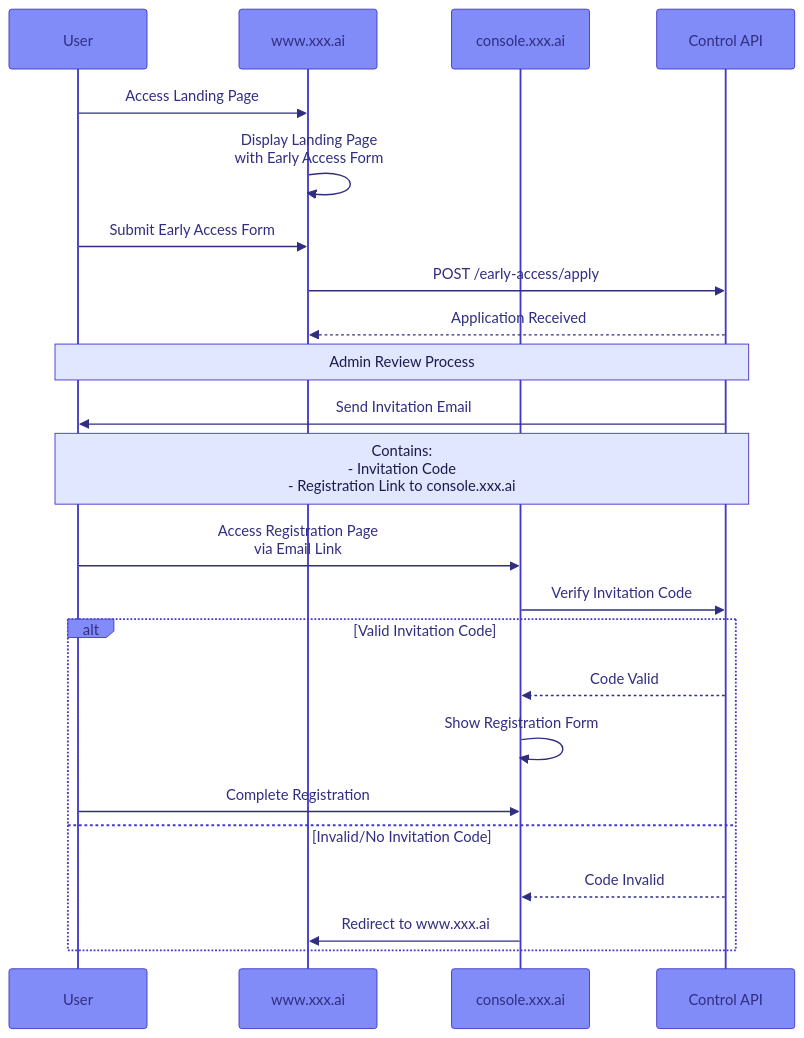
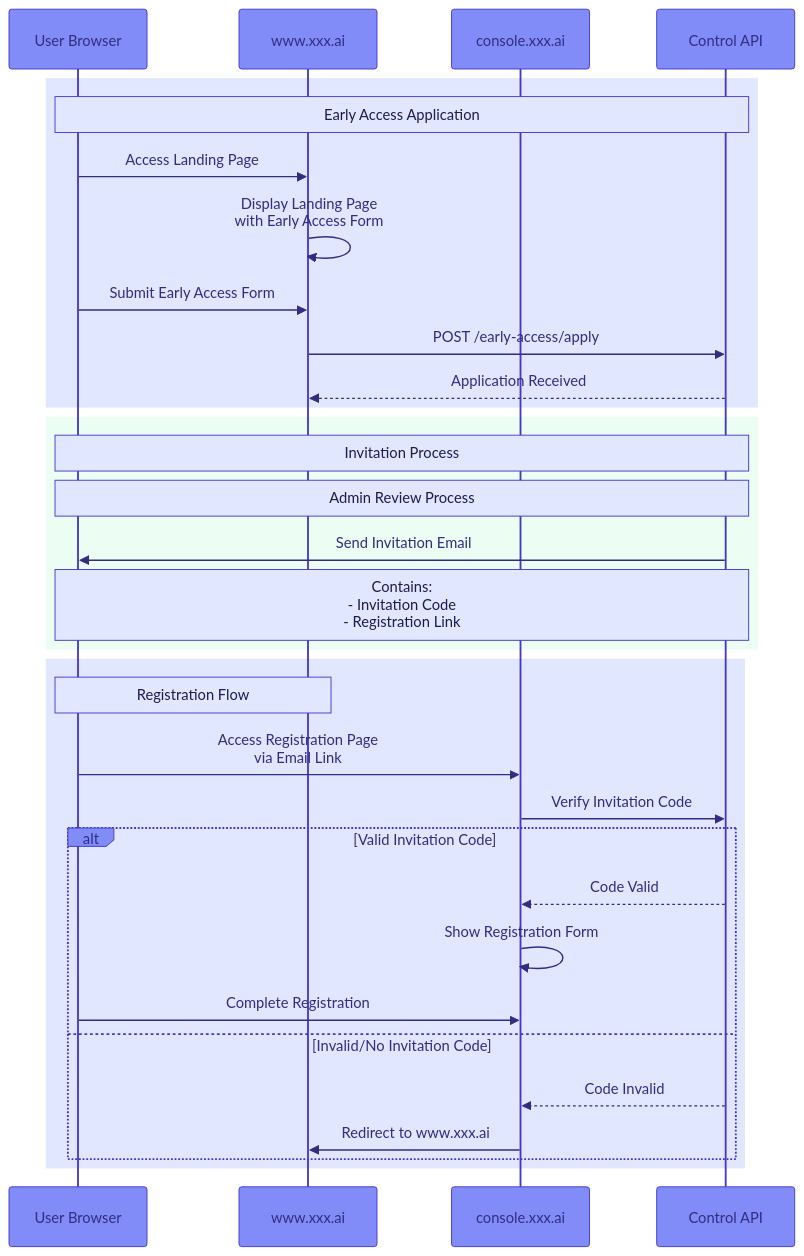
One commit to guanmasons/agentnet changed the second of 3 diagrams in web-service.md. Above: the diagram before and after it, drawn with Mermaid. The commit also changed other lines of this file, not shown here.

````diff
--- a/web-service.md
+++ b/web-service.md
@@ -74,45 +90,57 @@
 ```mermaid
 %%{init: {
   'theme': 'base',
   'themeVariables': {
     'primaryColor': '#818CF8',
     'primaryTextColor': '#312E81',
     'primaryBorderColor': '#4338CA',
     'lineColor': '#6366F1',
     'secondaryColor': '#E0E7FF',
     'tertiaryColor': '#EEF2FF',
     'noteTextColor': '#1E1B4B',
     'noteBorderColor': '#4338CA',
-    'noteBkgColor': '#E0E7FF'
+    'noteBkgColor': '#E0E7FF',
+    'activationBorderColor': '#4338CA',
+    'activationBkgColor': '#EEF2FF',
+    'sequenceNumberColor': '#312E81'
   }
 }}%%
 sequenceDiagram
-    participant U as User
+    participant U as User Browser
     participant W as www.xxx.ai
     participant C as console.xxx.ai
     participant A as Control API
     
-    U->>W: Access Landing Page
-    W->>W: Display Landing Page<br>with Early Access Form
+    rect rgb(224, 231, 255)
+        Note over U,A: Early Access Application
+        U->>W: Access Landing Page
+        W->>W: Display Landing Page<br>with Early Access Form
+        
+        U->>W: Submit Early Access Form
+        W->>A: POST /early-access/apply
+        A-->>W: Application Received
+    end
     
-    U->>W: Submit Early Access Form
-    W->>A: POST /early-access/apply
-    A-->>W: Application Received
+    rect rgb(236, 253, 243)
+        Note over U,A: Invitation Process
+        Note over U,A: Admin Review Process
+        
+        A->>U: Send Invitation Email
+        Note over U,A: Contains:<br>- Invitation Code<br>- Registration Link
+    end
     
-    Note over U,A: Admin Review Process
-    
-    A->>U: Send Invitation Email
-    Note over U,A: Contains:<br>- Invitation Code<br>- Registration Link to console.xxx.ai
-    
-    U->>C: Access Registration Page<br>via Email Link
-    C->>A: Verify Invitation Code
-    
-    alt Valid Invitation Code
-        A-->>C: Code Valid
-        C->>C: Show Registration Form
-        U->>C: Complete Registration
-    else Invalid/No Invitation Code
-        A-->>C: Code Invalid
-        C->>W: Redirect to www.xxx.ai
+    rect rgb(224, 231, 255)
+        Note over U,W: Registration Flow
+        U->>C: Access Registration Page<br>via Email Link
+        C->>A: Verify Invitation Code
+        
+        alt Valid Invitation Code
+            A-->>C: Code Valid
+            C->>C: Show Registration Form
+            U->>C: Complete Registration
+        else Invalid/No Invitation Code
+            A-->>C: Code Invalid
+            C->>W: Redirect to www.xxx.ai
+        end
     end
 ```
````
